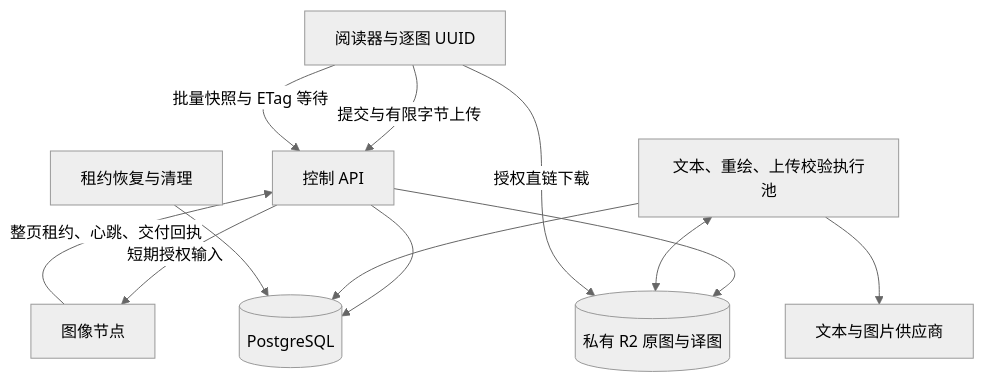
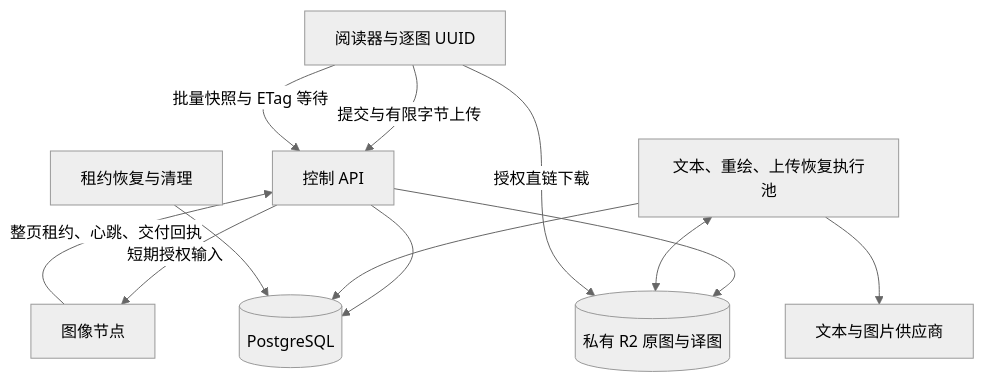
The first of 2 diagrams in docs/TRANSLATION_CLUSTER_DESIGN.md (Wy2926/node-comics), drawn with Mermaid (neutral theme) before and after one commit. The commit also changed other lines of this file and 21 other files, not shown here.

````diff
--- a/docs/TRANSLATION_CLUSTER_DESIGN.md
+++ b/docs/TRANSLATION_CLUSTER_DESIGN.md
@@ -25,14 +25,14 @@
 ```mermaid
 flowchart TB
   Reader[阅读器与逐图 UUID] -->|提交与有限字节上传| API[控制 API]
   Reader -->|批量快照与 ETag 等待| API
   API --> DB[(PostgreSQL)]
   API --> R2[(私有 R2 原图与译图)]
   Nodes[图像节点] -->|整页租约、心跳、交付回执| API
   API -->|短期授权输入| Nodes
-  Control[文本、重绘、上传校验执行池] --> DB
+  Control[文本、重绘、上传恢复执行池] --> DB
   Control <--> R2
   Control --> Providers[文本与图片供应商]
   Reader -->|授权直链下载| R2
   Maintenance[租约恢复与清理] --> DB
 ```
````
